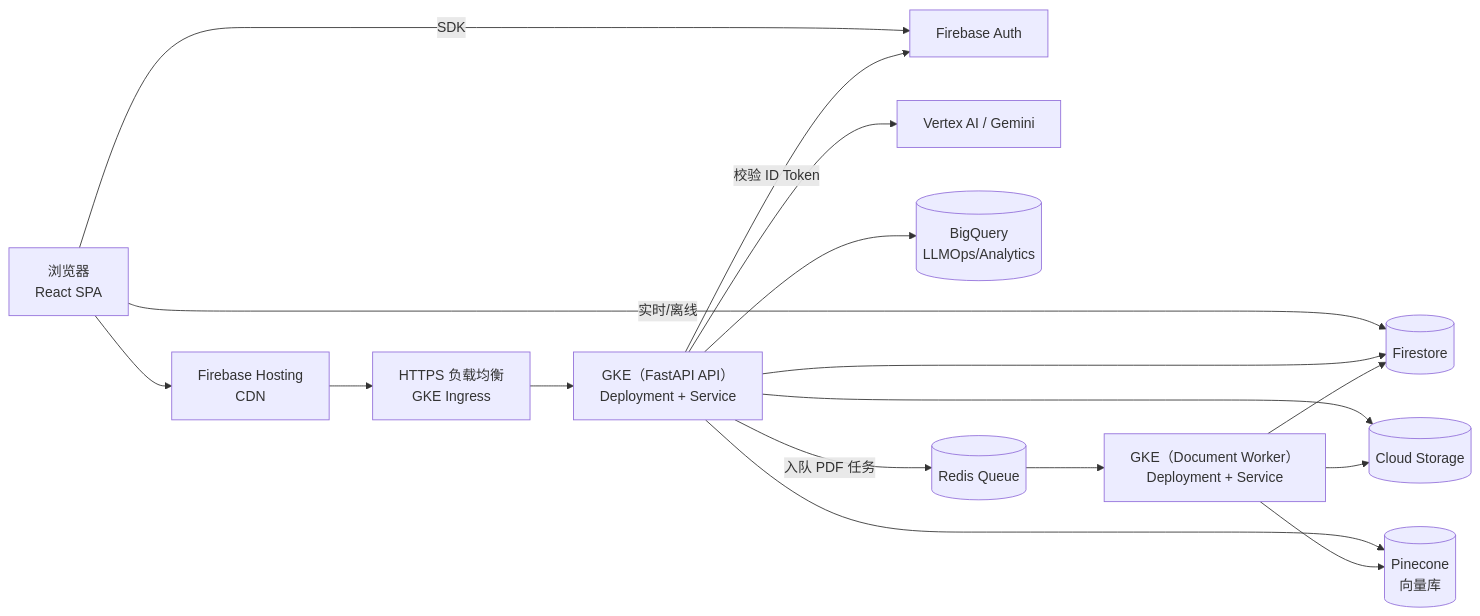
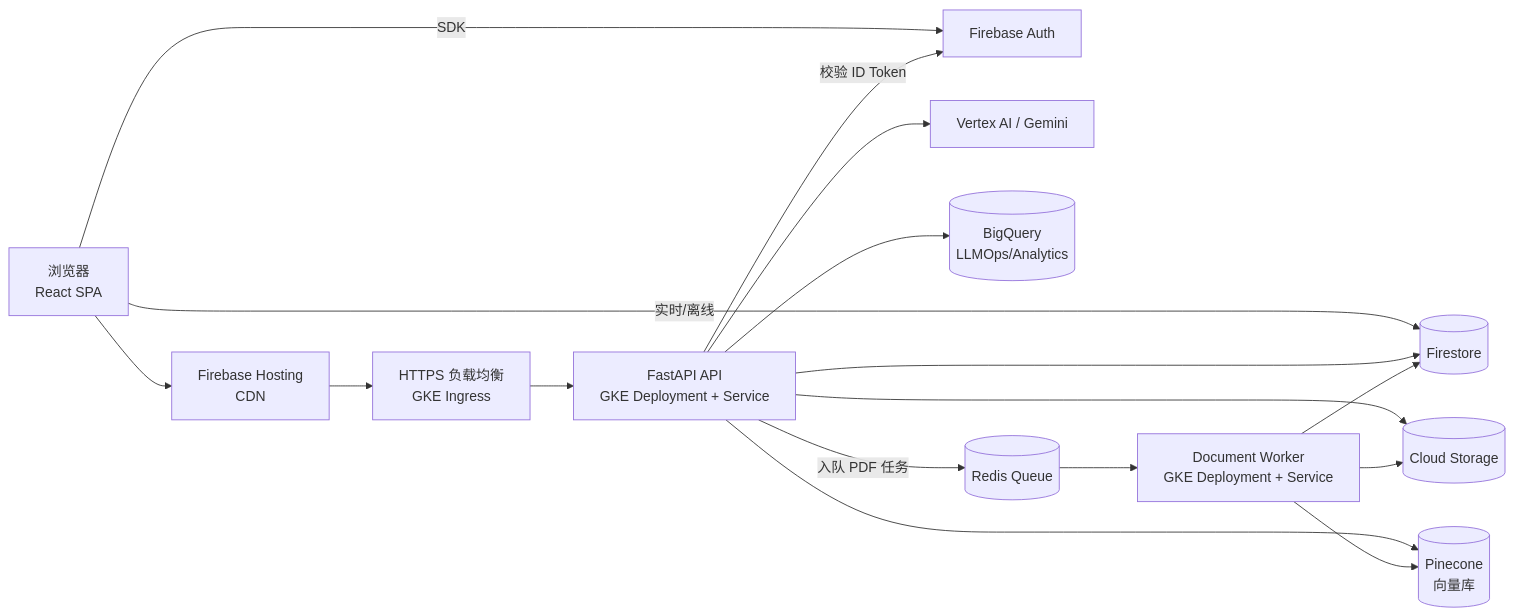
The third of 4 diagrams in README.md (yongjiexue88/LearningAier), drawn with Mermaid before and after one commit. The commit also changed other lines of this file and 1 other file, not shown here.

````diff
--- a/README.md
+++ b/README.md
@@ -140,21 +140,21 @@
 ```mermaid
 flowchart LR
     User[浏览器<br/>React SPA] --> Hosting[Firebase Hosting<br/>CDN]
     Hosting --> Ingress[HTTPS 负载均衡<br/>GKE Ingress]
-    Ingress --> API[GKE（FastAPI API）<br/>Deployment + Service]
+    Ingress --> API[FastAPI API<br/>GKE Deployment + Service]
     User -->|SDK| Auth[Firebase Auth]
     User -->|实时/离线| Firestore[(Firestore)]
 
     API -->|校验 ID Token| Auth
     API --> Firestore
     API --> Storage[(Cloud Storage)]
     API --> Pinecone[(Pinecone<br/>向量库)]
     API --> Gemini[Vertex AI / Gemini]
     API --> BigQuery[(BigQuery<br/>LLMOps/Analytics)]
 
     API -->|入队 PDF 任务| Redis[(Redis Queue)]
-    Redis --> Worker[GKE（Document Worker）<br/>Deployment + Service]
+    Redis --> Worker[Document Worker<br/>GKE Deployment + Service]
     Worker --> Storage
     Worker --> Firestore
     Worker --> Pinecone
 ```
````
